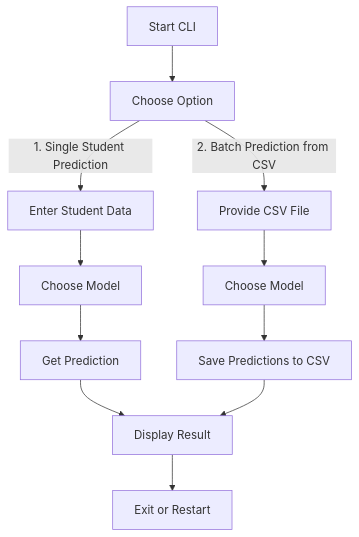
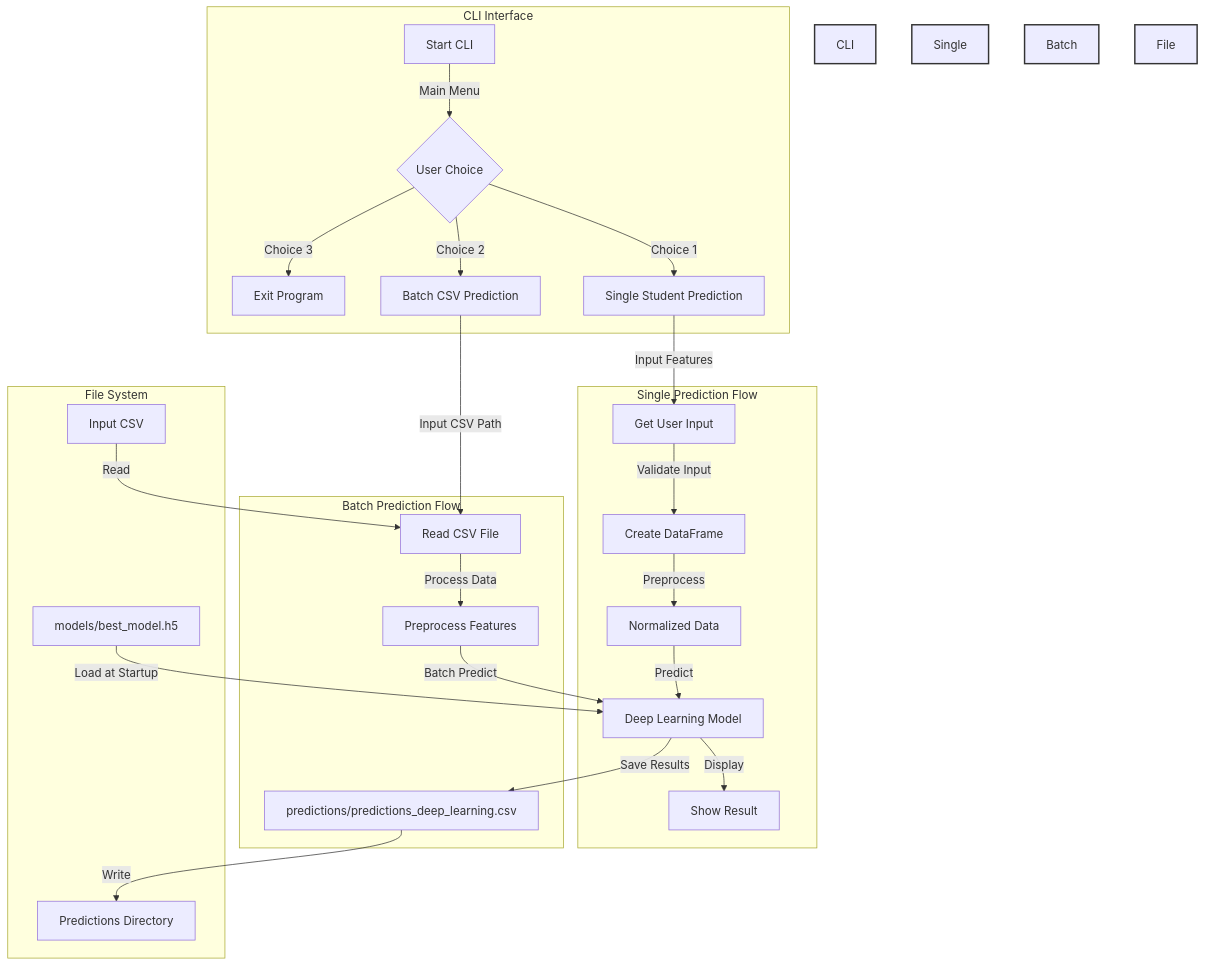
The second of 2 diagrams in README.md (ogshivam/placementdata_mlp), drawn with Mermaid before and after one commit. The commit also changed other lines of this file, not shown here.

````diff
--- a/README.md
+++ b/README.md
@@ -114,13 +157,35 @@
 ```mermaid
-graph TD;
-    A[Start CLI] --> B[Choose Option]
-    B -->|1. Single Student Prediction| C[Enter Student Data]
-    C --> D[Choose Model]
-    D --> E[Get Prediction]
-    B -->|2. Batch Prediction from CSV| F[Provide CSV File]
-    F --> G[Choose Model]
-    G --> H[Save Predictions to CSV]
-    E --> I[Display Result]
-    H --> I
-    I --> J[Exit or Restart]
+graph TD
+    subgraph CLI Interface
+        A[Start CLI] -->|Main Menu| B{User Choice}
+        B -->|Choice 1| C[Single Student Prediction]
+        B -->|Choice 2| D[Batch CSV Prediction]
+        B -->|Choice 3| E[Exit Program]
+    end
+
+    subgraph Single Prediction Flow
+        C -->|Input Features| F[Get User Input]
+        F -->|Validate Input| G[Create DataFrame]
+        G -->|Preprocess| H[Normalized Data]
+        H -->|Predict| I[Deep Learning Model]
+        I -->|Display| J[Show Result]
+    end
+
+    subgraph Batch Prediction Flow
+        D -->|Input CSV Path| K[Read CSV File]
+        K -->|Process Data| L[Preprocess Features]
+        L -->|Batch Predict| I
+        I -->|Save Results| M[predictions/predictions_deep_learning.csv]
+    end
+
+    subgraph File System
+        N[models/best_model.h5] -->|Load at Startup| I
+        O[Input CSV] -->|Read| K
+        M -->|Write| P[Predictions Directory]
+    end
+
+    style CLI Interface fill:#f9f,stroke:#333,stroke-width:2px
+    style Single Prediction Flow fill:#bbf,stroke:#333,stroke-width:2px
+    style Batch Prediction Flow fill:#bfb,stroke:#333,stroke-width:2px
+    style File System fill:#fbb,stroke:#333,stroke-width:2px
 ```
````
